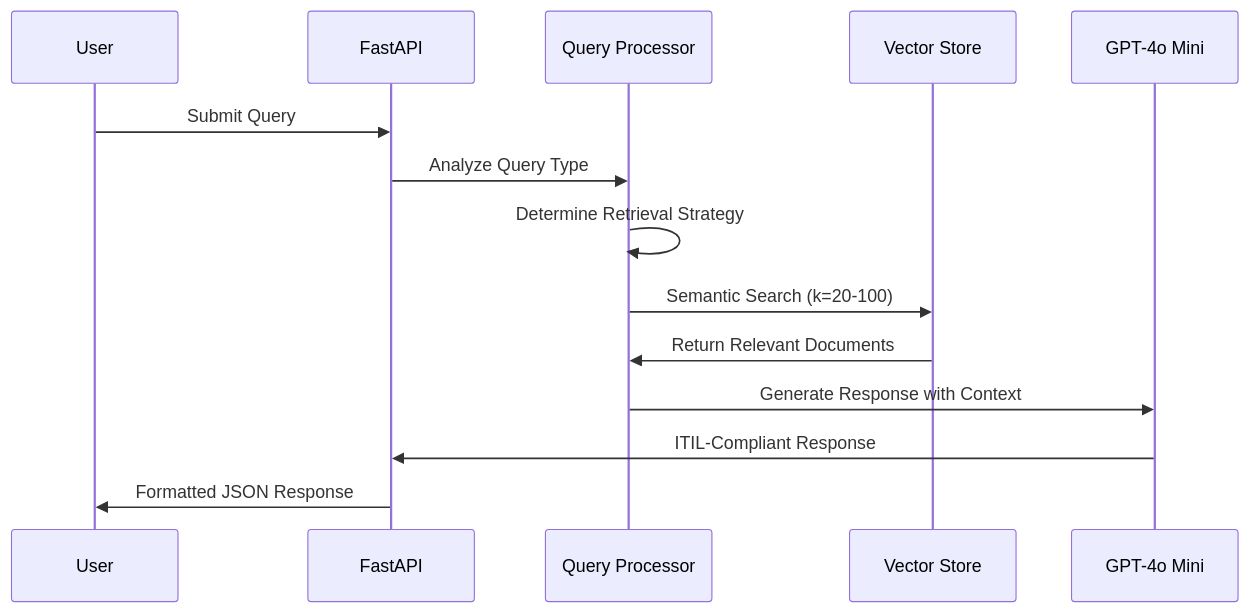
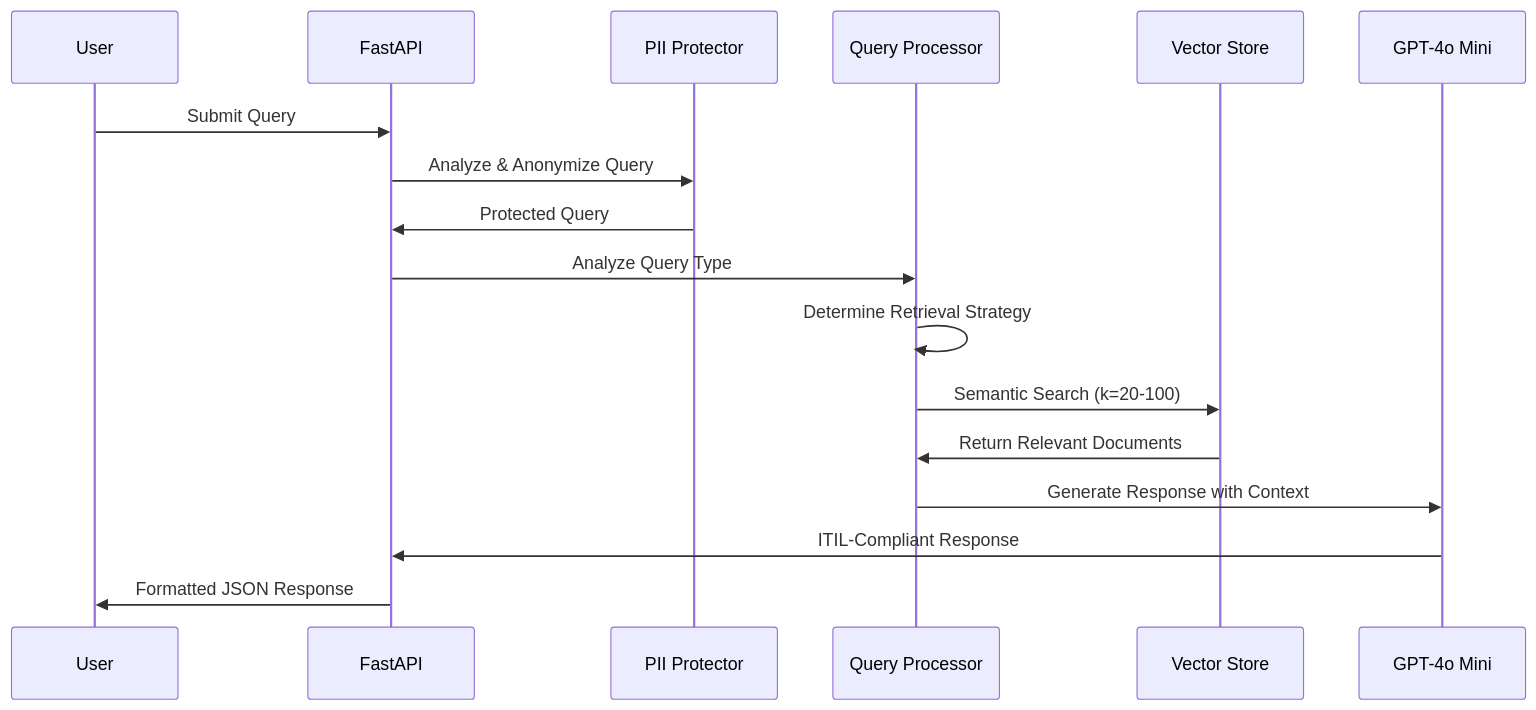
Before and after one commit to samalrashmi/genai-it-support: the second of 2 diagrams in README.md, drawn with Mermaid. The commit also changed other lines of this file and 4 other files, not shown here.

````diff
--- a/README.md
+++ b/README.md
@@ -58,17 +125,20 @@
 ```mermaid
 sequenceDiagram
     participant U as User
     participant API as FastAPI
+    participant PII as PII Protector
     participant QP as Query Processor
     participant VS as Vector Store
     participant LLM as GPT-4o Mini
     
     U->>API: Submit Query
+    API->>PII: Analyze & Anonymize Query
+    PII->>API: Protected Query
     API->>QP: Analyze Query Type
     QP->>QP: Determine Retrieval Strategy
     QP->>VS: Semantic Search (k=20-100)
     VS->>QP: Return Relevant Documents
     QP->>LLM: Generate Response with Context
     LLM->>API: ITIL-Compliant Response
     API->>U: Formatted JSON Response
 ```
````
